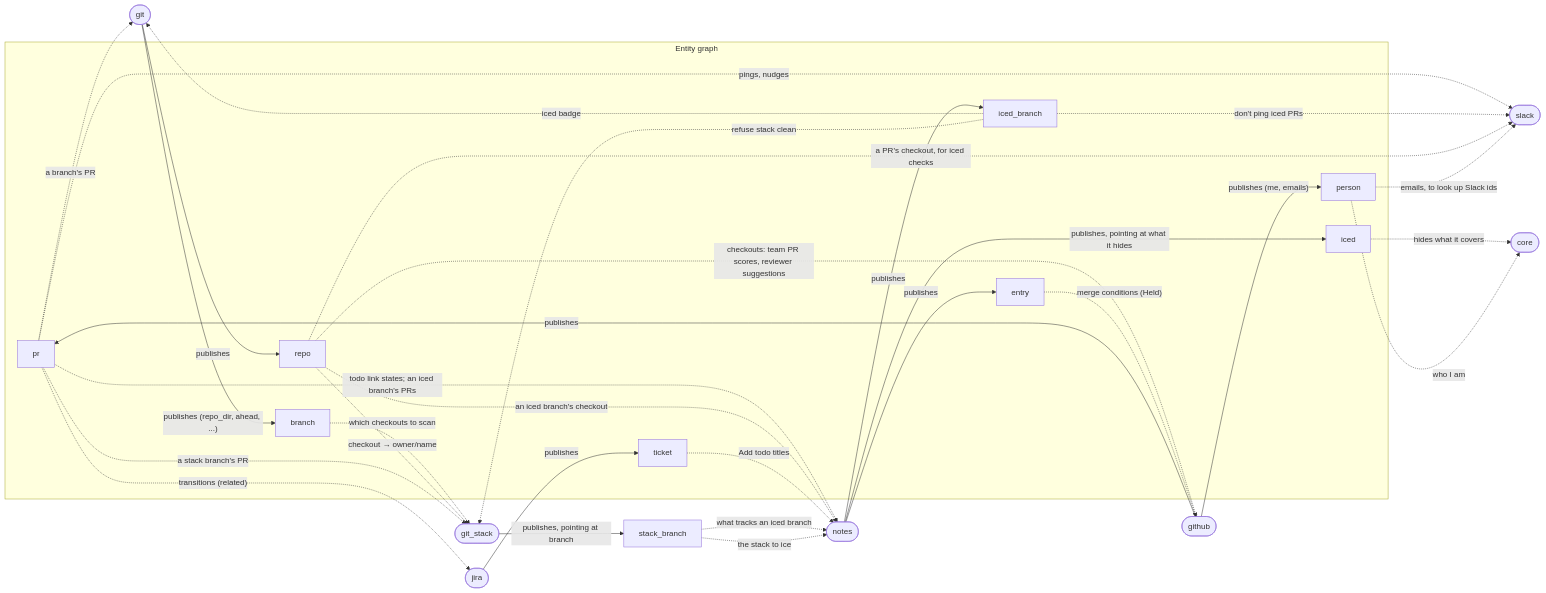
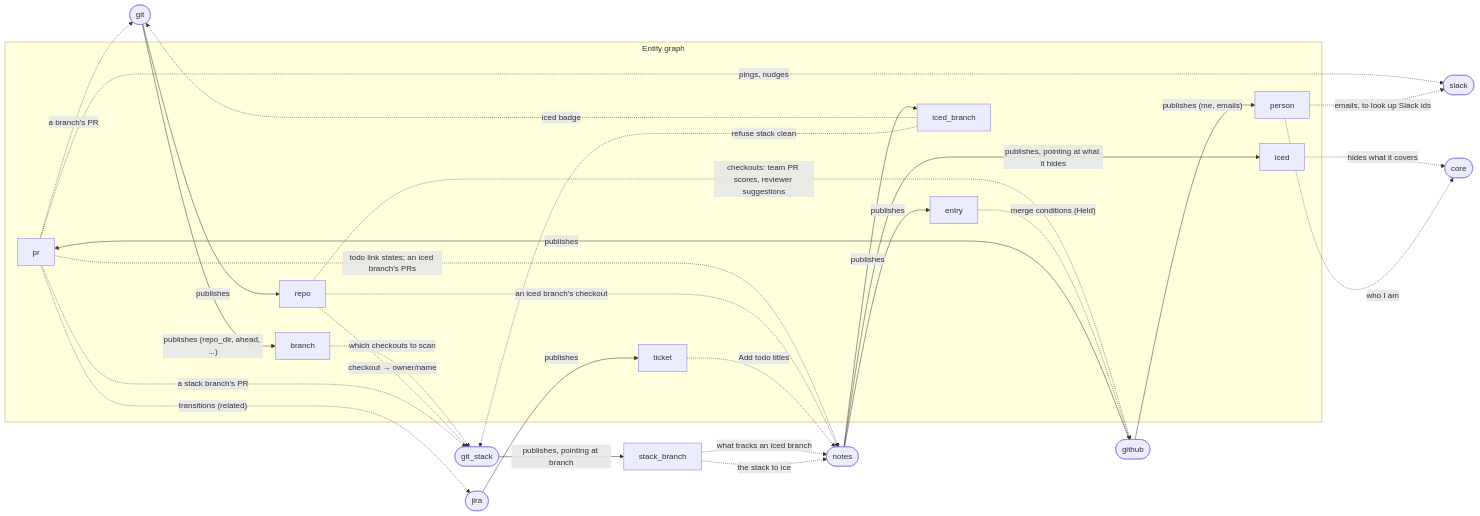
Before and after one commit to benekastah/move-forward: the first of 2 diagrams in docs/plugins.md, drawn with Mermaid. The commit also changed 1 other file, not shown here.

Commit message:
Have slack skip hidden PRs instead of checking for ice itself
slack matched PRs' branches against notes' iced branches. It now asks
the graph whether a PR is hidden, which covers ice and whatever else
hides things later, without knowing notes.

````diff
--- a/docs/plugins.md
+++ b/docs/plugins.md
@@ -14,44 +14,42 @@
 ```mermaid
 flowchart LR
     subgraph Graph["Entity graph"]
         pr[pr]
         person[person]
         repo[repo]
         branch[branch]
         ticket[ticket]
         entry[entry]
         iced[iced_branch]
         ice[iced]
     end
 
     github([github]) -- publishes --> pr
     github -- "publishes (me, emails)" --> person
     git([git]) -- publishes --> repo
     git -- "publishes (repo_dir, ahead, ...)" --> branch
     git_stack([git_stack]) -- "publishes, pointing at branch" --> stack_branch[stack_branch]
     jira([jira]) -- publishes --> ticket
     notes([notes]) -- publishes --> entry
     notes -- publishes --> iced
     notes -- "publishes, pointing at what it hides" --> ice
     ice -. "hides what it covers" .-> core([core])
 
     repo -. "checkouts: team PR scores, reviewer suggestions" .-> github
     entry -. "merge conditions (Held)" .-> github
     pr -. "a branch's PR" .-> git
     iced -. "iced badge" .-> git
     branch -. "which checkouts to scan" .-> git_stack
     repo -. "checkout → owner/name" .-> git_stack
     pr -. "a stack branch's PR" .-> git_stack
     iced -. "refuse stack clean" .-> git_stack
     pr -. "transitions (related)" .-> jira
     pr -. "pings, nudges" .-> slack([slack])
-    iced -. "don't ping iced PRs" .-> slack
-    repo -. "a PR's checkout, for iced checks" .-> slack
     person -. "emails, to look up Slack ids" .-> slack
     pr -. "todo link states; an iced branch's PRs" .-> notes
     repo -. "an iced branch's checkout" .-> notes
     stack_branch -. "what tracks an iced branch" .-> notes
     ticket -. "Add todo titles" .-> notes
     stack_branch -. "the stack to ice" .-> notes
     person -. "who I am" .-> core([core])
 ```
````
